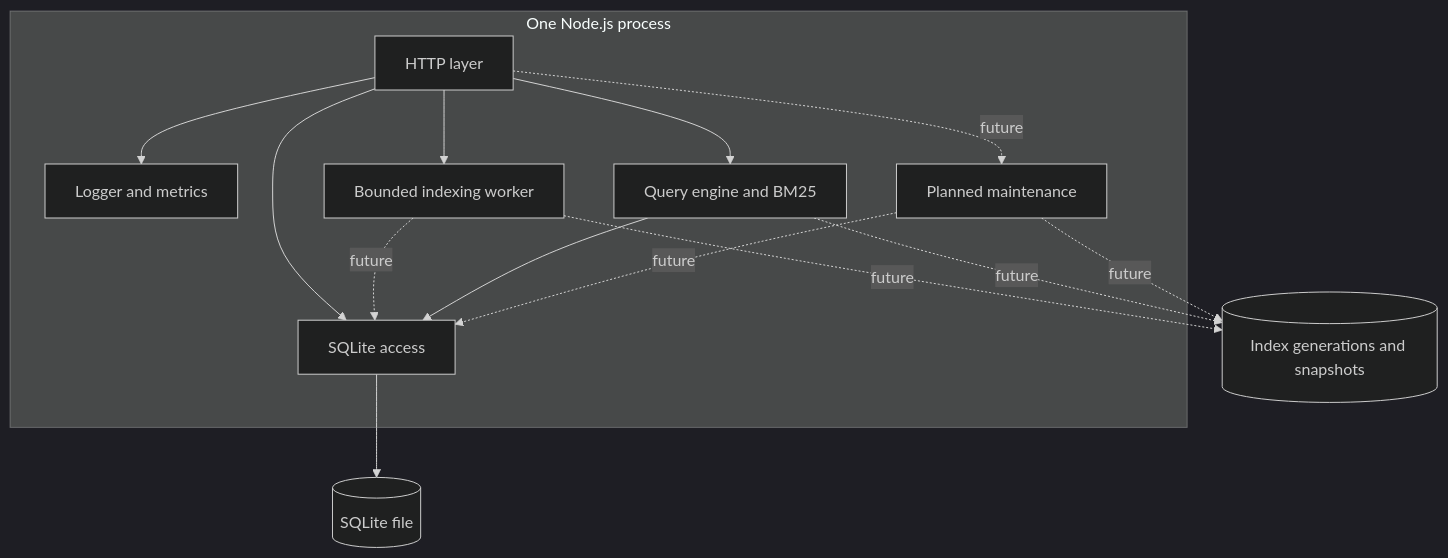
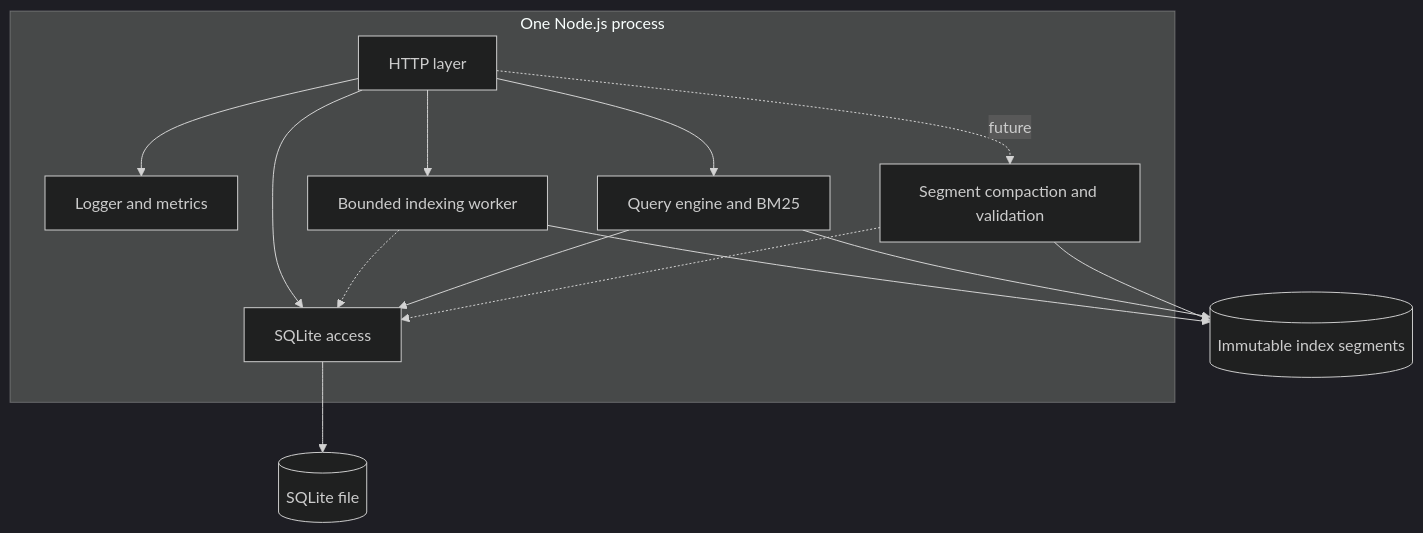
The first of 2 diagrams in docs/architecture/ARCHITECTURE.md (prajexec/SearchCraft), drawn with Mermaid (dark theme) before and after one commit. The commit also changed other lines of this file and 15 other files, not shown here.

Commit message:
feat: add versioned immutable segments and compaction

````diff
--- a/docs/architecture/ARCHITECTURE.md
+++ b/docs/architecture/ARCHITECTURE.md
@@ -11,24 +11,24 @@
 ```mermaid
 flowchart TB
     subgraph Process[One Node.js process]
         HTTP[HTTP layer]
         Observability[Logger and metrics]
         SQLiteAccess[SQLite access]
         Indexing[Bounded indexing worker]
         Query[Query engine and BM25]
-        Maintenance[Planned maintenance]
+        Maintenance[Segment compaction and validation]
     end
 
     HTTP --> Observability
     HTTP --> SQLiteAccess
     HTTP --> Indexing
     HTTP --> Query
     HTTP -. future .-> Maintenance
-    Indexing -. future .-> SQLiteAccess
+    Indexing -.-> SQLiteAccess
     Query --> SQLiteAccess
-    Maintenance -. future .-> SQLiteAccess
+    Maintenance -.-> SQLiteAccess
     SQLiteAccess --> Database[(SQLite file)]
-    Indexing -. future .-> Disk[(Index generations and snapshots)]
-    Query -. future .-> Disk
-    Maintenance -. future .-> Disk
+    Indexing --> Disk[(Immutable index segments)]
+    Query --> Disk
+    Maintenance --> Disk
 ```
````
